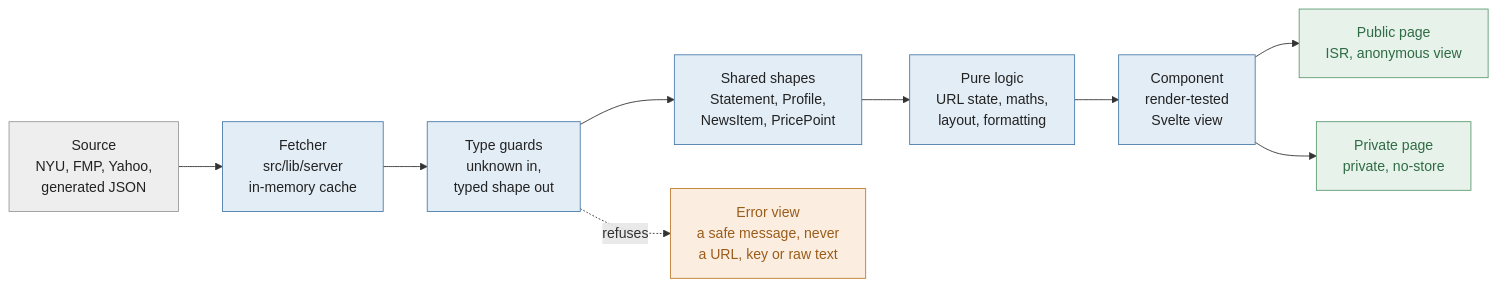
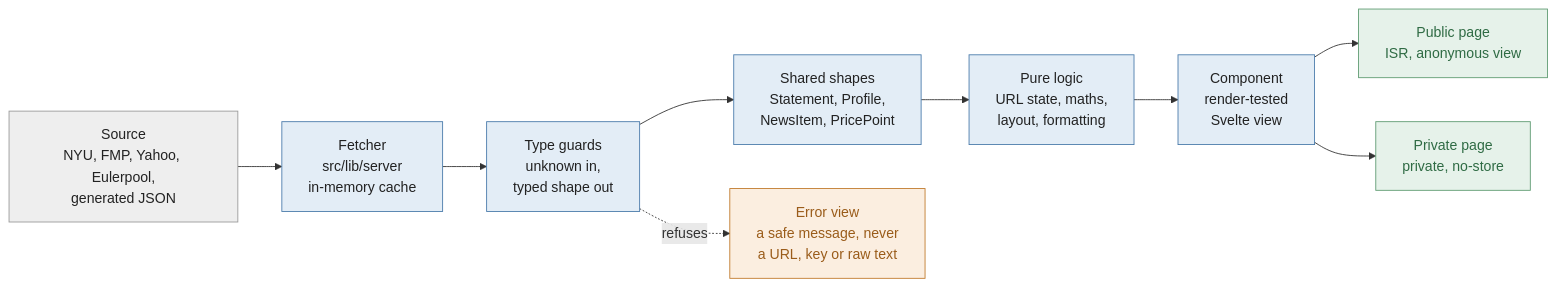
One commit to jan-ru/my-svelte-app changed the second of 2 diagrams in docs/overview.md. Above: the diagram before and after it, drawn with Mermaid. The commit also changed other lines of this file and 2 other files, not shown here.

````diff
--- a/docs/overview.md
+++ b/docs/overview.md
@@ -69,25 +71,25 @@
 ```mermaid
 flowchart LR
-  S[Source<br/>NYU, FMP, Yahoo,<br/>generated JSON]
+  S[Source<br/>NYU, FMP, Yahoo, Eulerpool,<br/>generated JSON]
   I[Fetcher<br/>src/lib/server<br/>in-memory cache]
   G[Type guards<br/>unknown in,<br/>typed shape out]
   D[Shared shapes<br/>Statement, Profile,<br/>NewsItem, PricePoint]
   P[Pure logic<br/>URL state, maths,<br/>layout, formatting]
   R[Component<br/>render-tested<br/>Svelte view]
   PUBR[Public page<br/>ISR, anonymous view]
   PRIVR[Private page<br/>private, no-store]
 
   S --> I --> G --> D --> P --> R
   R --> PUBR
   R --> PRIVR
   G -. refuses .-> E[Error view<br/>a safe message, never<br/>a URL, key or raw text]
 
   classDef ext fill:#eeeeee,stroke:#9a9a9a,color:#222222
   classDef sys fill:#e3edf6,stroke:#4a7bab,color:#222222
   classDef out fill:#e6f2ea,stroke:#5f9b72,color:#2f6b44
   classDef err fill:#fbeee0,stroke:#c07a2c,color:#9a5c1a
   class S ext
   class I,G,D,P,R sys
   class PUBR,PRIVR out
   class E err
 ```
````
